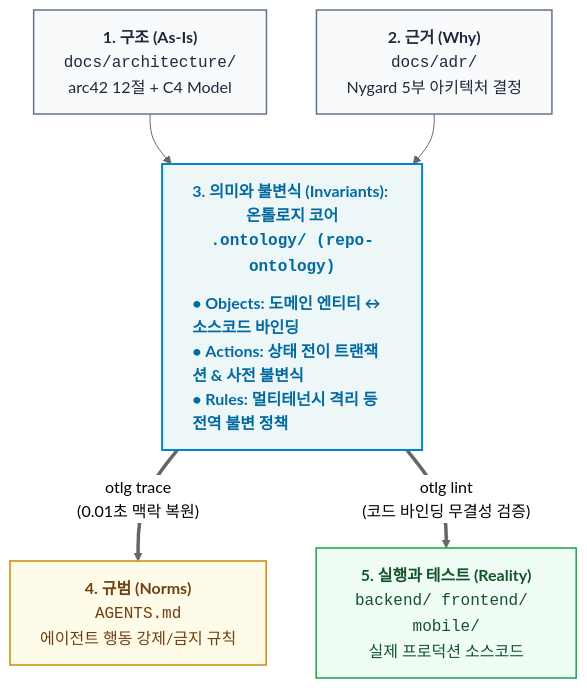
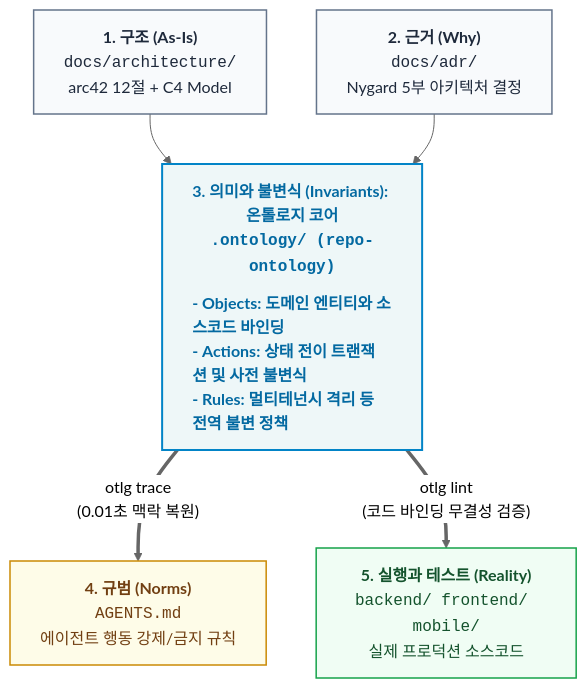
One commit to tomato-vault/tomato-vault.github.io changed the third of 3 diagrams in _posts/tech/ai-agent-architecture/6 에이전트가 기억상실증입니다만, 문제라도?.md. Above: the diagram before and after it, drawn with Mermaid (neutral theme). The commit also changed other lines of this file and 43 other files, not shown here.

````diff
--- a/_posts/tech/ai-agent-architecture/6 에이전트가 기억상실증입니다만, 문제라도?.md
+++ b/_posts/tech/ai-agent-architecture/6 에이전트가 기억상실증입니다만, 문제라도?.md
@@ -281,18 +124,18 @@
 ```mermaid
 flowchart TD
     classDef ont fill:#eef7f8,stroke:#0284c7,stroke-width:2px,color:#0369a1,font-weight:bold
     classDef doc fill:#f8fafc,stroke:#64748b,stroke-width:1.5px,color:#1e293b
     classDef exec fill:#f0fdf4,stroke:#16a34a,stroke-width:1.5px,color:#14532d
     classDef norm fill:#fefce8,stroke:#ca8a04,stroke-width:1.5px,color:#713f12
 
     G1["<b>1. 구조 (As-Is)</b><br/><code>docs/architecture/</code><br/>arc42 12절 + C4 Model"]:::doc
     G2["<b>2. 근거 (Why)</b><br/><code>docs/adr/</code><br/>Nygard 5부 아키텍처 결정"]:::doc
 
     G1 --> G3
     G2 --> G3
 
-    G3["<b>3. 의미와 불변식 (Invariants): 온톨로지 코어</b><br/><code>.ontology/ (repo-ontology)</code><hr style='margin:6px 0; border:none; border-top:1px solid #38bdf8;'/><div style='text-align:left; line-height:1.5;'>• <b>Objects</b>: 도메인 엔티티 ↔ 소스코드 바인딩<br/>• <b>Actions</b>: 상태 전이 트랜잭션 & 사전 불변식<br/>• <b>Rules</b>: 멀티테넌시 격리 등 전역 불변 정책</div>"]:::ont
+    G3["<b>3. 의미와 불변식 (Invariants): 온톨로지 코어</b><br/><code>.ontology/ (repo-ontology)</code><hr style='margin:6px 0; border:none; border-top:1px solid #38bdf8;'/><div style='text-align:left; line-height:1.5;'>- <b>Objects</b>: 도메인 엔티티와 소스코드 바인딩<br/>- <b>Actions</b>: 상태 전이 트랜잭션 및 사전 불변식<br/>- <b>Rules</b>: 멀티테넌시 격리 등 전역 불변 정책</div>"]:::ont
 
     G3 ==>|"otlg trace<br/>(0.01초 맥락 복원)"| G4["<b>4. 규범 (Norms)</b><br/><code>AGENTS.md</code><br/>에이전트 행동 강제/금지 규칙"]:::norm
     G3 ==>|"otlg lint<br/>(코드 바인딩 무결성 검증)"| G5["<b>5. 실행과 테스트 (Reality)</b><br/><code>backend/ frontend/ mobile/</code><br/>실제 프로덕션 소스코드"]:::exec
 ```
````
